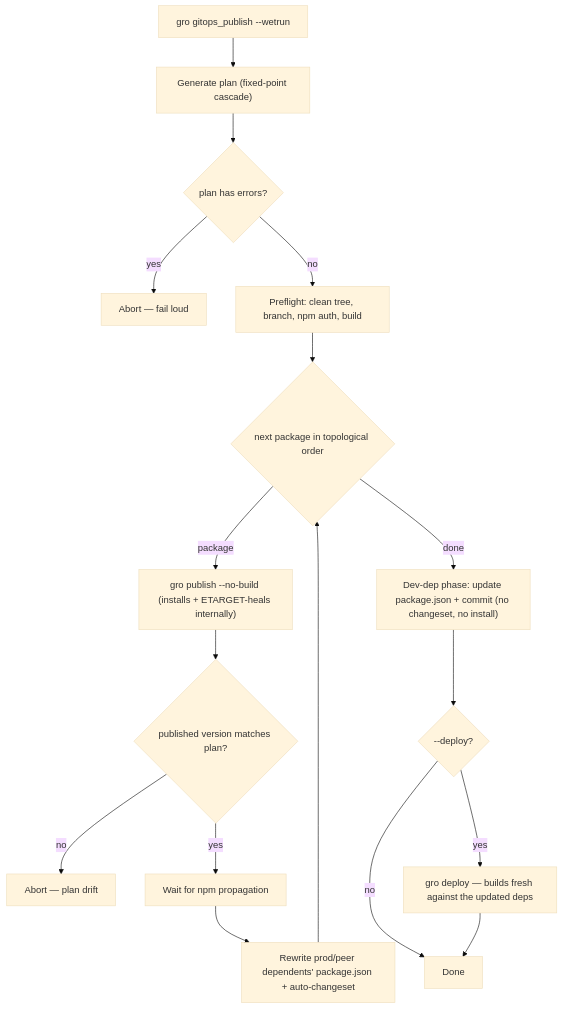
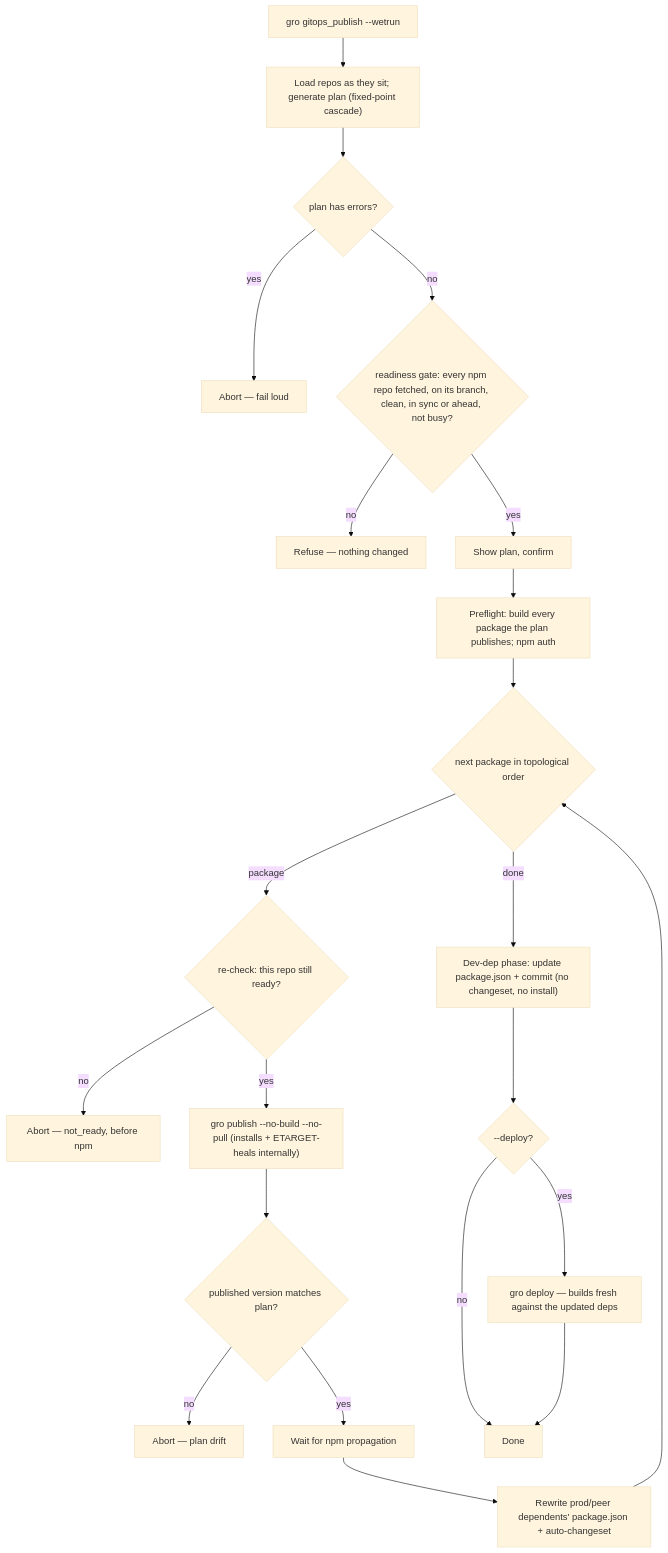
The diagram in docs/publishing.md (fuzdev/fuz_gitops), drawn with Mermaid (base theme) before and after one commit. The commit also changed other lines of this file and 233 other files, not shown here.

````diff
--- a/docs/publishing.md
+++ b/docs/publishing.md
@@ -112,19 +189,24 @@
 ```mermaid
 flowchart TD
-    A["gro gitops_publish --wetrun"] --> B["Generate plan (fixed-point cascade)"]
+    A["gro gitops_publish --wetrun"] --> B["Load repos as they sit; generate plan (fixed-point cascade)"]
     B --> C{"plan has errors?"}
     C -->|yes| X["Abort — fail loud"]
-    C -->|no| D["Preflight: clean tree, branch, npm auth, build"]
+    C -->|no| R{"readiness gate: every npm repo fetched, on its branch, clean, in sync or ahead, not busy?"}
+    R -->|no| W["Refuse — nothing changed"]
+    R -->|yes| P["Show plan, confirm"]
+    P --> D["Preflight: build every package the plan publishes; npm auth"]
     D --> E{"next package in topological order"}
-    E -->|package| H["gro publish --no-build (installs + ETARGET-heals internally)"]
+    E -->|package| Q{"re-check: this repo still ready?"}
+    Q -->|no| V["Abort — not_ready, before npm"]
+    Q -->|yes| H["gro publish --no-build --no-pull (installs + ETARGET-heals internally)"]
     H --> I{"published version matches plan?"}
     I -->|no| Y["Abort — plan drift"]
     I -->|yes| J["Wait for npm propagation"]
     J --> K["Rewrite prod/peer dependents' package.json + auto-changeset"]
     K --> E
     E -->|done| L["Dev-dep phase: update package.json + commit (no changeset, no install)"]
     L --> M{"--deploy?"}
     M -->|yes| N["gro deploy — builds fresh against the updated deps"]
     M -->|no| Z["Done"]
     N --> Z
 ```
````
